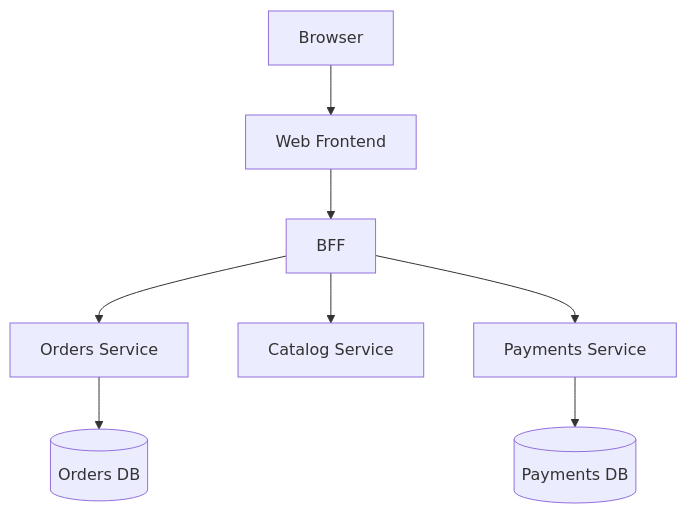
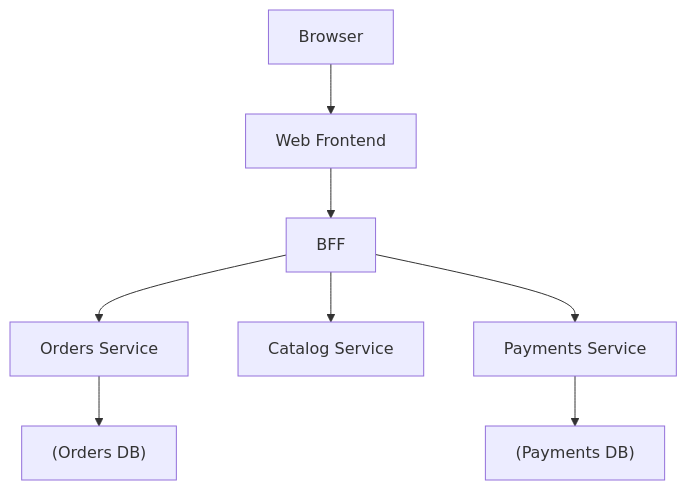
Before and after one commit to DDoSKudya/ai-study-atlas: the third of 6 diagrams in directions/architecture/pact/32_evolyutsiya_arkhitektury_migratsii_adr_c4/02_32_2_dokumentatsiya_resheniy_i_struktury.md, drawn with Mermaid. The commit also changed other lines of this file and 322 other files, not shown here.

Commit message:
fix(docs): make mermaid diagrams GitHub-compatible across directions content

````diff
--- a/directions/architecture/pact/32_evolyutsiya_arkhitektury_migratsii_adr_c4/02_32_2_dokumentatsiya_resheniy_i_struktury.md
+++ b/directions/architecture/pact/32_evolyutsiya_arkhitektury_migratsii_adr_c4/02_32_2_dokumentatsiya_resheniy_i_struktury.md
@@ -269,10 +269,10 @@
 ```mermaid
 flowchart TB
-  U[Browser] --> FE[Web Frontend]
-  FE --> BFF[BFF]
-  BFF --> O[Orders Service]
-  BFF --> C[Catalog Service]
-  BFF --> Pay[Payments Service]
-  O --> ODB[(Orders DB)]
-  Pay --> PDB[(Payments DB)]
+  U["Browser"] --> FE["Web Frontend"]
+  FE --> BFF["BFF"]
+  BFF --> O["Orders Service"]
+  BFF --> C["Catalog Service"]
+  BFF --> Pay["Payments Service"]
+  O --> ODB["(Orders DB)"]
+  Pay --> PDB["(Payments DB)"]
 ```
````
